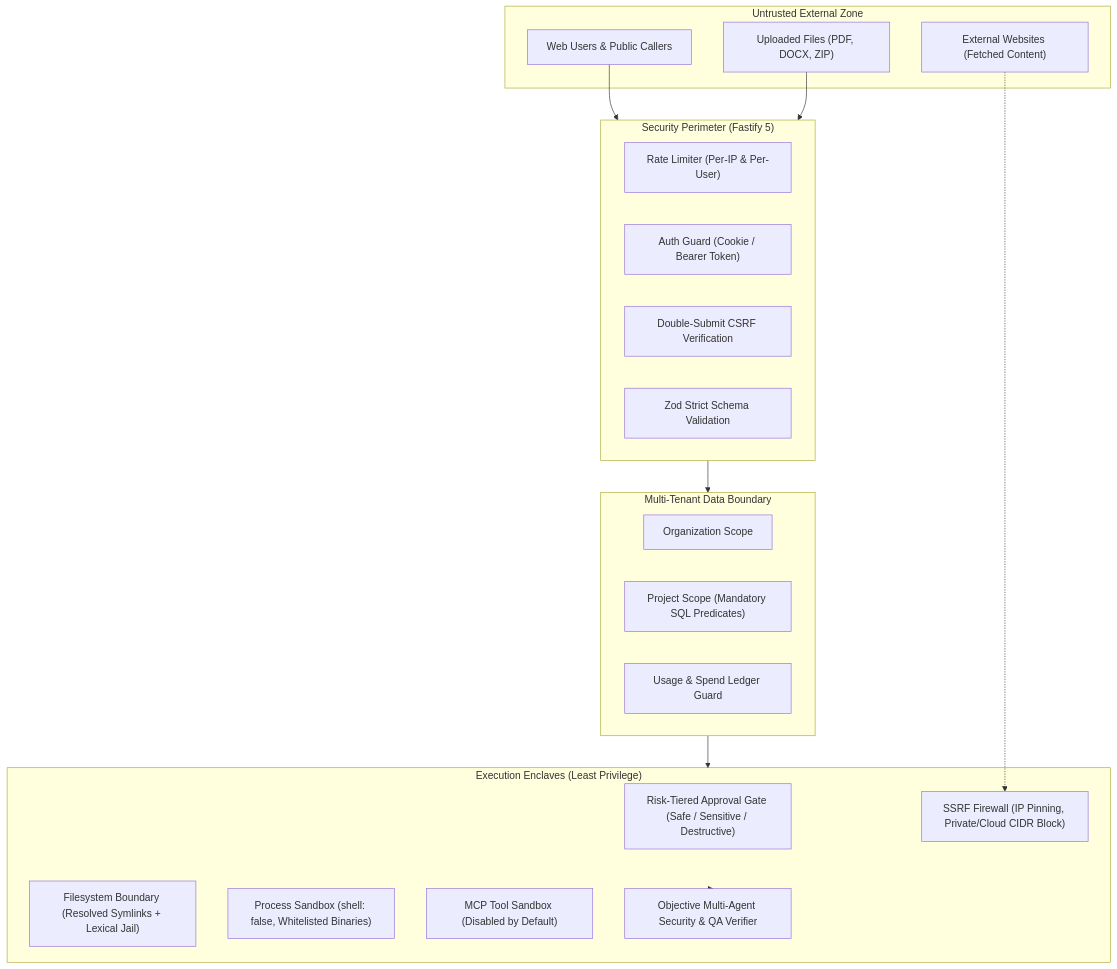
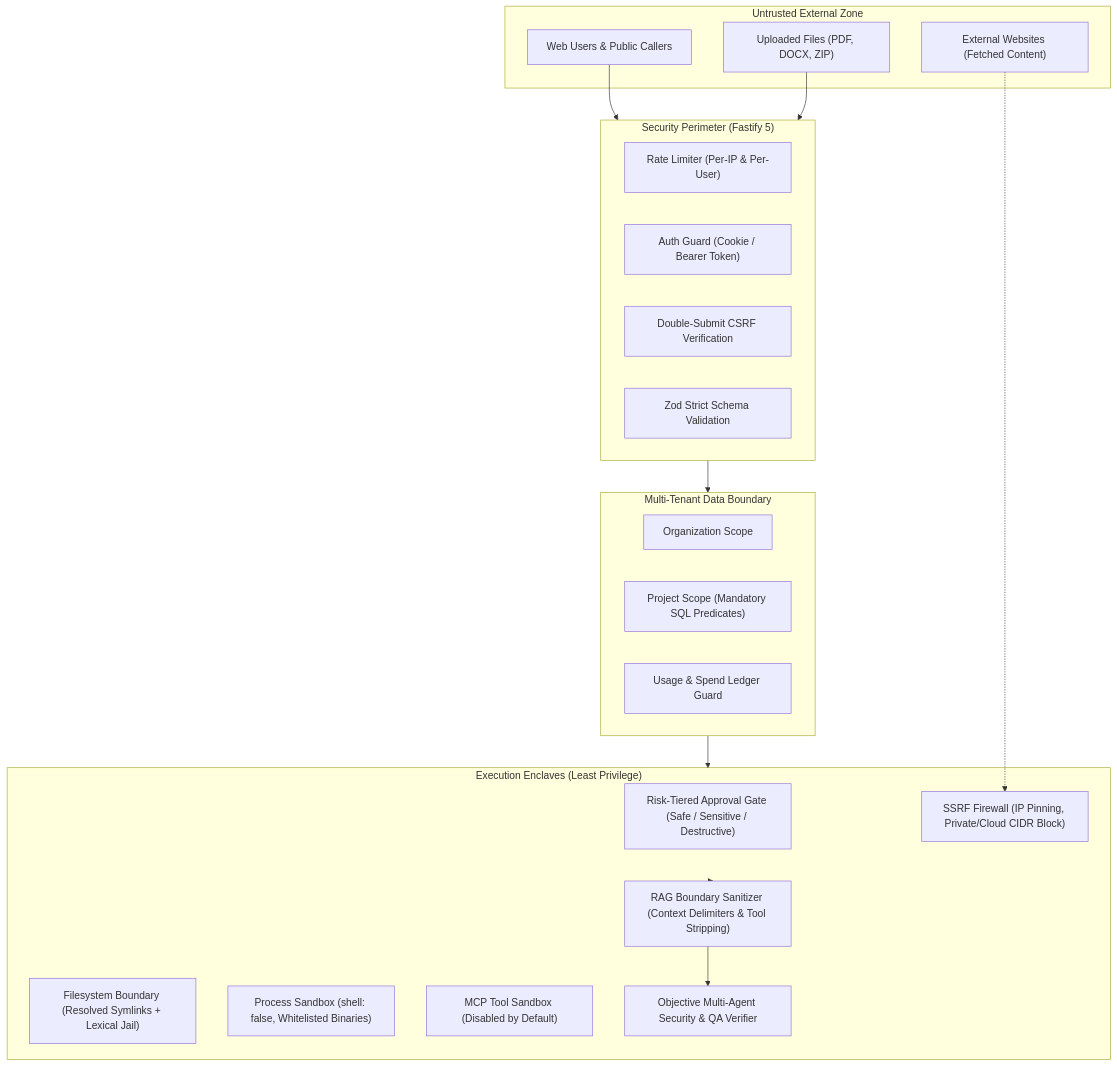
The diagram in SECURITY_AND_RELIABILITY_AUDIT.md (zolex12770/Smart-AI-Module), drawn with Mermaid before and after one commit. The commit also changed other lines of this file and 15 other files, not shown here.

````diff
--- a/SECURITY_AND_RELIABILITY_AUDIT.md
+++ b/SECURITY_AND_RELIABILITY_AUDIT.md
@@ -11,37 +11,39 @@
 ```mermaid
 flowchart TD
     subgraph UntrustedZone ["Untrusted External Zone"]
         WebUser["Web Users & Public Callers"]
         ExtWeb["External Websites (Fetched Content)"]
         Uploads["Uploaded Files (PDF, DOCX, ZIP)"]
     end
 
     subgraph Perimeter ["Security Perimeter (Fastify 5)"]
         RateLimit["Rate Limiter (Per-IP & Per-User)"]
         AuthFilter["Auth Guard (Cookie / Bearer Token)"]
         CSRFFilter["Double-Submit CSRF Verification"]
         InputValidator["Zod Strict Schema Validation"]
     end
 
     subgraph IsolatedTenancy ["Multi-Tenant Data Boundary"]
         OrgScope["Organization Scope"]
         ProjectScope["Project Scope (Mandatory SQL Predicates)"]
         LedgerAudit["Usage & Spend Ledger Guard"]
     end
 
     subgraph SandboxedExecution ["Execution Enclaves (Least Privilege)"]
         ApprovalGate["Risk-Tiered Approval Gate (Safe / Sensitive / Destructive)"]
         FSSandbox["Filesystem Boundary (Resolved Symlinks + Lexical Jail)"]
         CmdSandbox["Process Sandbox (shell: false, Whitelisted Binaries)"]
         SSRFGuard["SSRF Firewall (IP Pinning, Private/Cloud CIDR Block)"]
         MCPEnclave["MCP Tool Sandbox (Disabled by Default)"]
+        RAGSanitizer["RAG Boundary Sanitizer (Context Delimiters & Tool Stripping)"]
         ObjectiveVerifier["Objective Multi-Agent Security & QA Verifier"]
     end
 
     WebUser --> Perimeter
     Uploads --> Perimeter
     Perimeter --> IsolatedTenancy
     IsolatedTenancy --> SandboxedExecution
     ExtWeb -.-> SSRFGuard
-    SandboxedExecution --> ObjectiveVerifier
+    SandboxedExecution --> RAGSanitizer
+    RAGSanitizer --> ObjectiveVerifier
 ```
````
